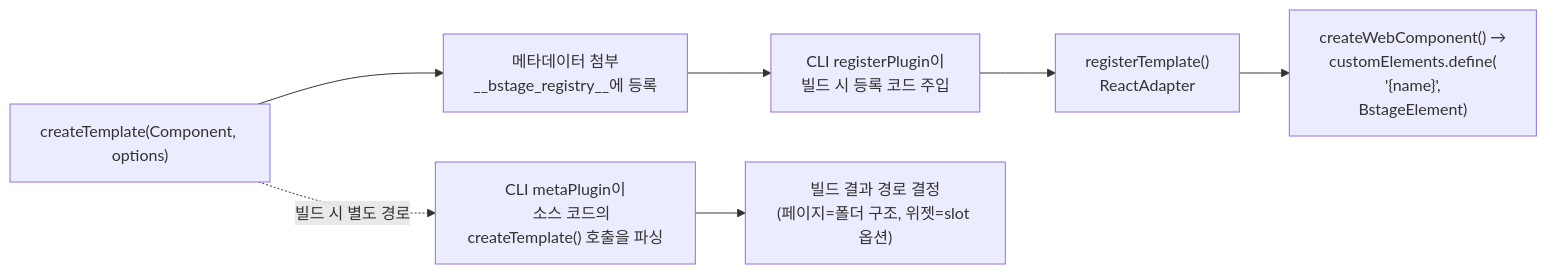
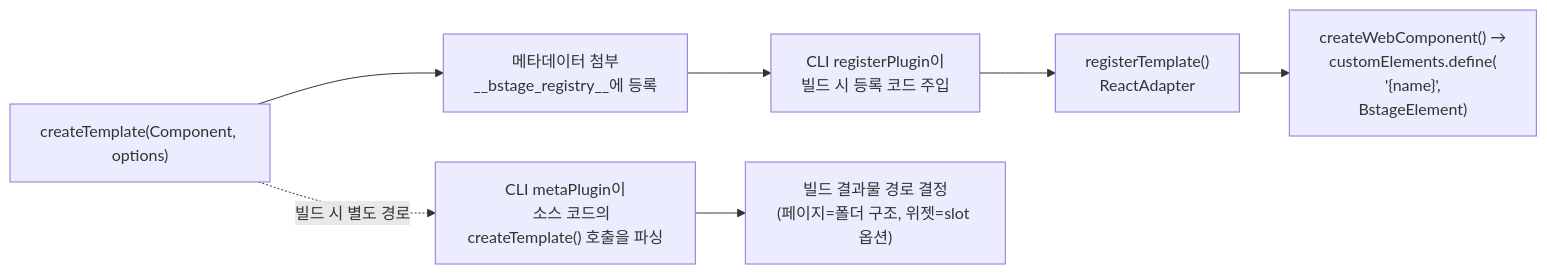
One commit to bstage-sdk/web-sdk changed the second of 5 diagrams in docs/SDK_ARCHITECTURE.md. Above: the diagram before and after it, drawn with Mermaid. The commit also changed other lines of this file and 41 other files, not shown here.

````diff
--- a/docs/SDK_ARCHITECTURE.md
+++ b/docs/SDK_ARCHITECTURE.md
@@ -162,16 +162,16 @@
 ```mermaid
 flowchart LR
   A["createTemplate(Component, options)"] --> B["메타데이터 첨부
     __bstage_registry__에 등록"]
   B --> C["CLI registerPlugin이
     빌드 시 등록 코드 주입"]
   C --> D["registerTemplate()
     ReactAdapter"]
   D --> F["createWebComponent() →
     customElements.define(
     '{name}',
     BstageElement)"]
   A -. "빌드 시 별도 경로" .-> G["CLI metaPlugin이
     소스 코드의 createTemplate() 호출을 파싱"]
-  G --> H["빌드 결과 경로 결정<br/>(페이지=폴더 구조, 위젯=slot 옵션)"]
+  G --> H["빌드 결과물 경로 결정<br/>(페이지=폴더 구조, 위젯=slot 옵션)"]
 ```
````
